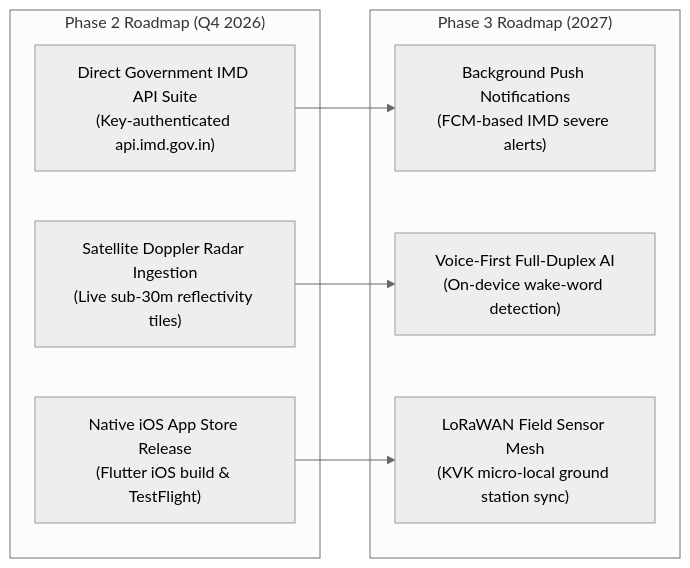
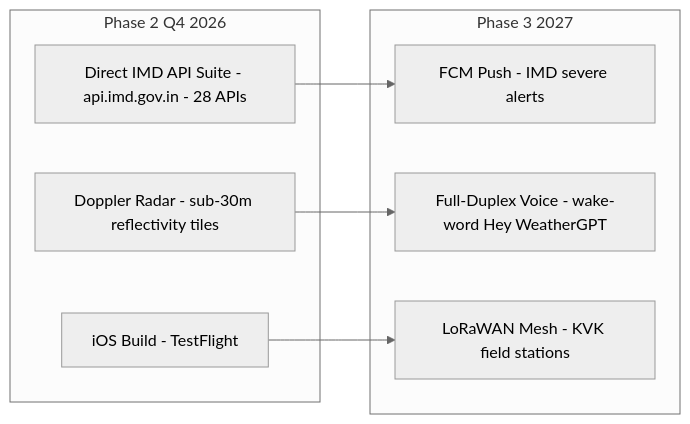
One commit to omsenjalia/weathergpt-app changed the seventh of 7 diagrams in ARCHITECTURE.md. Above: the diagram before and after it, drawn with Mermaid (neutral theme). The commit also changed other lines of this file and 3 other files, not shown here.

First line of the commit message:
fix: navigation panel anchors now match actual headers, clean ARCHITECTURE.md

````diff
--- a/ARCHITECTURE.md
+++ b/ARCHITECTURE.md
@@ -876,18 +743,16 @@
 ```mermaid
 graph LR
-    subgraph "Phase 2 Roadmap (Q4 2026)"
-        R1["Direct Government IMD API Suite<br/>(Key-authenticated api.imd.gov.in)"]
-        R2["Satellite Doppler Radar Ingestion<br/>(Live sub-30m reflectivity tiles)"]
-        R3["Native iOS App Store Release<br/>(Flutter iOS build & TestFlight)"]
+    subgraph "Phase 2 Q4 2026"
+        R1["Direct IMD API Suite - api.imd.gov.in - 28 APIs"]
+        R2["Doppler Radar - sub-30m reflectivity tiles"]
+        R3["iOS Build - TestFlight"]
     end
-
-    subgraph "Phase 3 Roadmap (2027)"
-        R4["Background Push Notifications<br/>(FCM-based IMD severe alerts)"]
-        R5["Voice-First Full-Duplex AI<br/>(On-device wake-word detection)"]
-        R6["LoRaWAN Field Sensor Mesh<br/>(KVK micro-local ground station sync)"]
+    subgraph "Phase 3 2027"
+        R4["FCM Push - IMD severe alerts"]
+        R5["Full-Duplex Voice - wake-word Hey WeatherGPT"]
+        R6["LoRaWAN Mesh - KVK field stations"]
     end
-
     R1 --> R4
     R2 --> R5
     R3 --> R6
 ```
````
